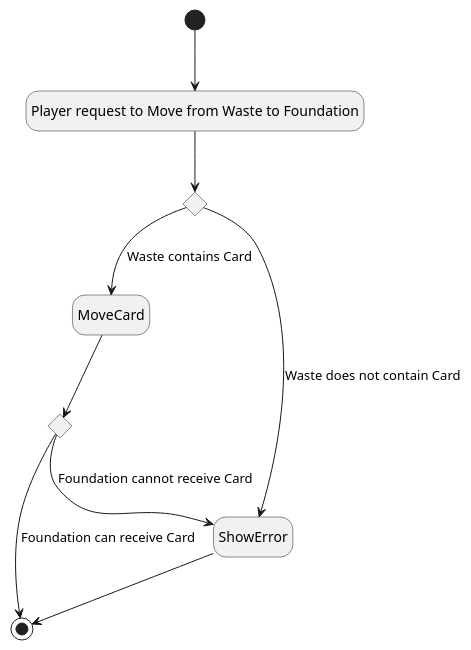
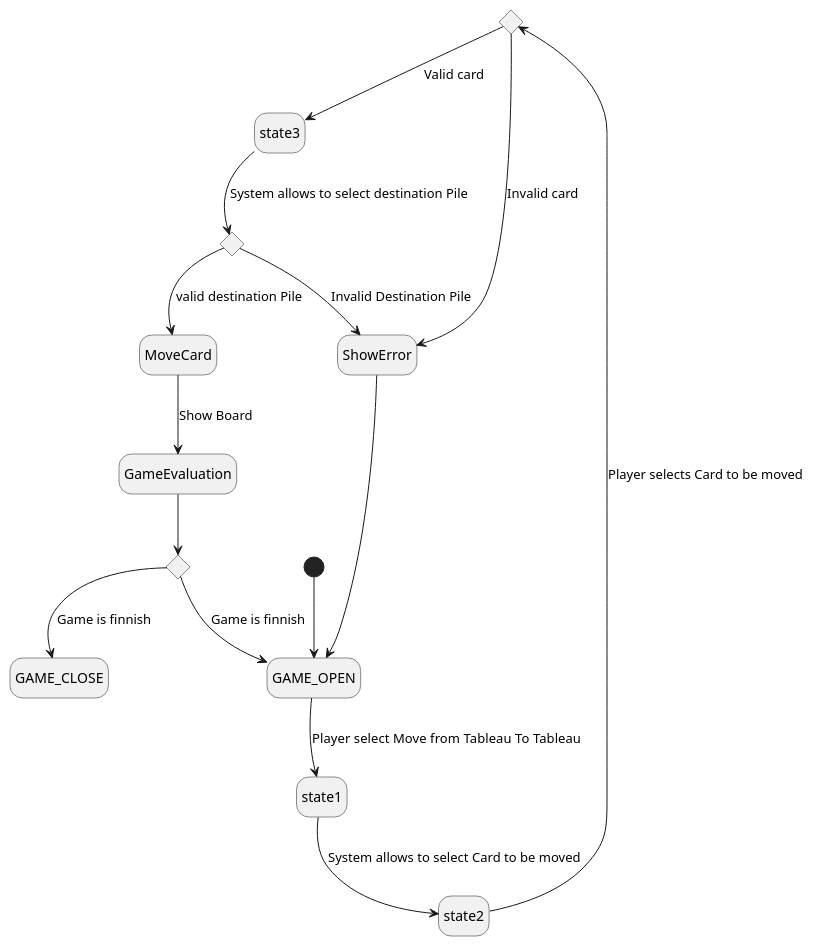
The diagram in docs/Diagrams/UseCases/MoveFromWasteToFoundation.plantuml (Troteaga/klondike), drawn with PlantUML before and after one commit. The commit also changed 2 other files, not shown here.

```diff
--- a/docs/Diagrams/UseCases/MoveFromWasteToFoundation.plantuml
+++ b/docs/Diagrams/UseCases/MoveFromWasteToFoundation.plantuml
@@ -1,21 +1,23 @@
 @startuml
 
+hide empty description 
+state c <<choice>>
+state d <<choice>>
+state e <<choice>>
 
-state choice1 <<choice>> 
-state choice2 <<choice>> 
-
-hide empty description 
-state "Player request to Move from Waste to Foundation" as 1
-
-[*] --> 1
-
-1 --> choice1
-choice1 --> MoveCard : Waste contains Card
-choice1 --> ShowError : Waste does not contain Card
-ShowError --> [*]
-MoveCard -down-> choice2
-choice2 --> ShowError : Foundation cannot receive Card
-choice2 --> [*] : Foundation can receive Card
-
+[*] -down-> GAME_OPEN
+GAME_OPEN -down-> state1 : Player select Move from Tableau To Tableau
+state1 -down-> state2 : System allows to select Card to be moved
+state2 -down-> c : Player selects Card to be moved
+c --> ShowError : Invalid card
+c --> state3 : Valid card
+state3 --> d : System allows to select destination Pile
+d --> ShowError : Invalid Destination Pile
+ShowError --> GAME_OPEN
+d --> MoveCard : valid destination Pile
+MoveCard --> GameEvaluation : Show Board
+GameEvaluation --> e 
+e --> GAME_CLOSE : Game is finnish
+e --> GAME_OPEN: Game is finnish
 
 @enduml
```
